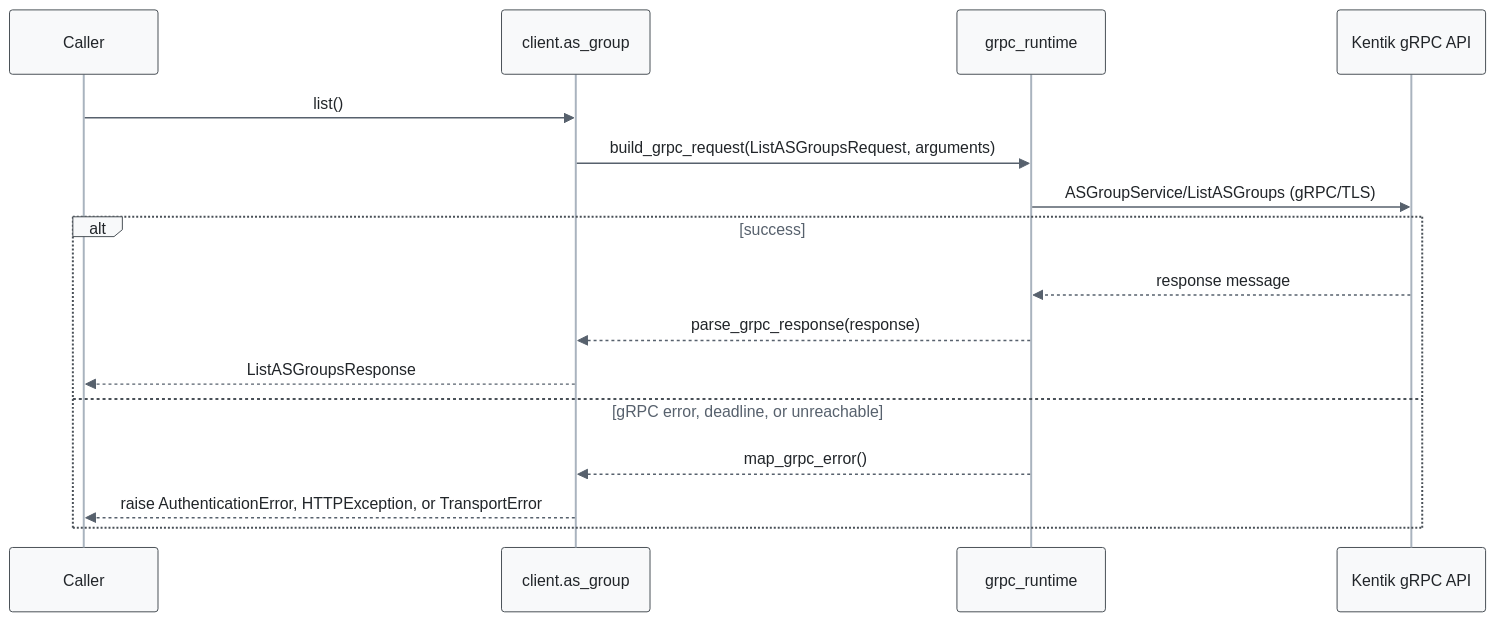
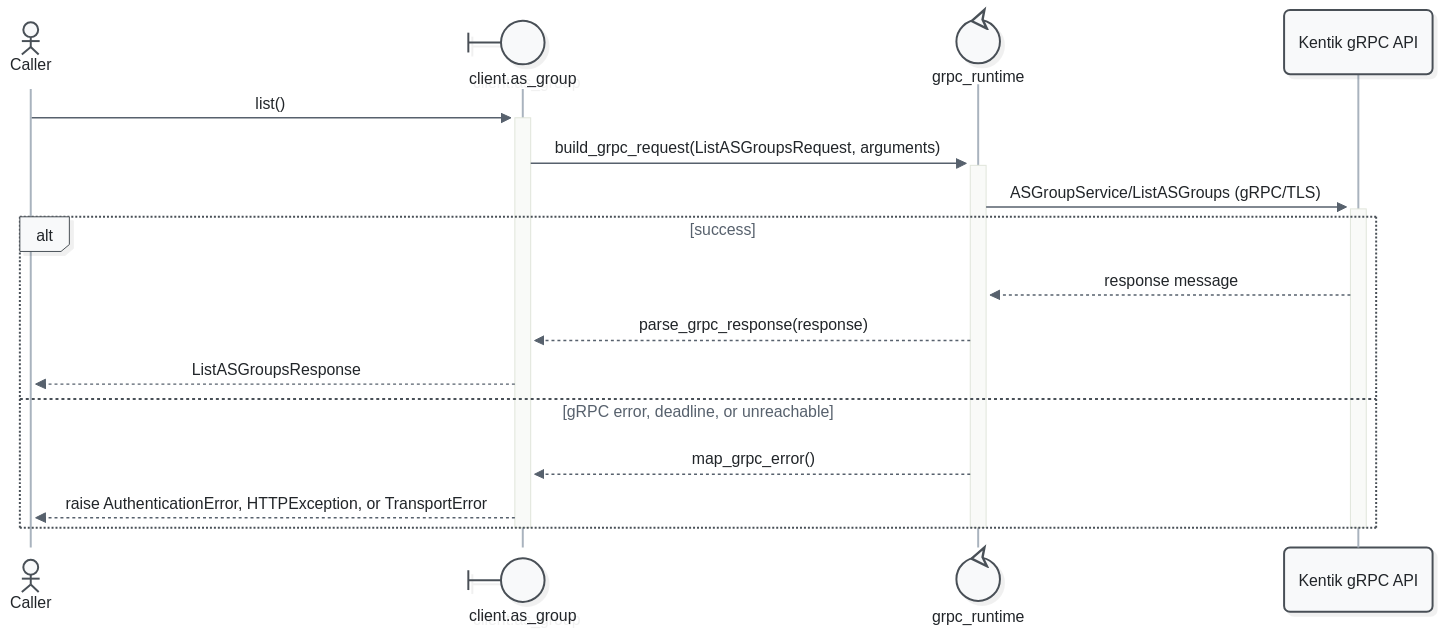
One commit to alexdearaujo/community_sdk_python changed the second of 11 diagrams in docs/sphinx/services/as_group.md. Above: the diagram before and after it, drawn with Mermaid. The commit also changed other lines of this file and 52 other files, not shown here.

First line of the commit message:
docs: Mermaid 12 sequence diagrams with participant types and path colors

````diff
--- a/docs/sphinx/services/as_group.md
+++ b/docs/sphinx/services/as_group.md
@@ -55,20 +57,23 @@
 ```mermaid
-%%{init: {"theme": "base", "fontFamily": "ui-monospace, SFMono-Regular, Menlo, monospace", "themeVariables": {"fontFamily": "ui-monospace, SFMono-Regular, Menlo, monospace", "primaryColor": "#f8f9fa", "primaryBorderColor": "#495057", "primaryTextColor": "#212529", "textColor": "#212529", "lineColor": "#77818c", "edgeLabelBackground": "#ffffff", "actorBkg": "#f8f9fa", "actorBorder": "#495057", "actorTextColor": "#212529", "actorLineColor": "#a9b3be", "signalColor": "#57616d", "signalTextColor": "#212529", "labelBoxBkgColor": "#f8f9fa", "labelBoxBorderColor": "#495057", "labelTextColor": "#212529", "loopTextColor": "#57616d", "noteBkgColor": "#fff9db", "noteBorderColor": "#f08c00", "noteTextColor": "#a35a00"}, "flowchart": {"curve": "step", "nodeSpacing": 30, "rankSpacing": 70, "wrappingWidth": 400}}}%%
+%%{init: {"theme": "redux", "look": "neo", "layout": "dagre", "fontFamily": "ui-monospace, SFMono-Regular, Menlo, monospace", "themeVariables": {"fontFamily": "ui-monospace, SFMono-Regular, Menlo, monospace", "primaryColor": "#f8f9fa", "primaryBorderColor": "#495057", "primaryTextColor": "#212529", "textColor": "#212529", "lineColor": "#77818c", "edgeLabelBackground": "#ffffff", "actorBkg": "#f8f9fa", "actorBorder": "#495057", "actorTextColor": "#212529", "actorLineColor": "#a9b3be", "signalColor": "#57616d", "signalTextColor": "#212529", "labelBoxBkgColor": "#f8f9fa", "labelBoxBorderColor": "#495057", "labelTextColor": "#212529", "loopTextColor": "#57616d", "noteBkgColor": "#fff9db", "noteBorderColor": "#f08c00", "noteTextColor": "#a35a00"}, "sequence": {"activationWidth": 16}, "flowchart": {"curve": "step", "nodeSpacing": 30, "rankSpacing": 70, "wrappingWidth": 400}}}%%
 sequenceDiagram
-    participant C as Caller
-    participant W as client.as_group
-    participant R as grpc_runtime
+    actor C as Caller
+    participant W@{ "type": "boundary" } as client.as_group
+    participant R@{ "type": "control" } as grpc_runtime
     participant API as Kentik gRPC API
 
-    C->>W: list()
-    W->>R: build_grpc_request(ListASGroupsRequest, arguments)
-    R->>API: ASGroupService/ListASGroups (gRPC/TLS)
+    C->>+W: list()
+    W->>+R: build_grpc_request(ListASGroupsRequest, arguments)
+    R->>+API: ASGroupService/ListASGroups (gRPC/TLS)
     alt success
         API-->>R: response message
         R-->>W: parse_grpc_response(response)
         W-->>C: ListASGroupsResponse
     else gRPC error, deadline, or unreachable
         R-->>W: map_grpc_error()
         W-->>C: raise AuthenticationError, HTTPException, or TransportError
     end
+    deactivate API
+    deactivate R
+    deactivate W
 ```
````
